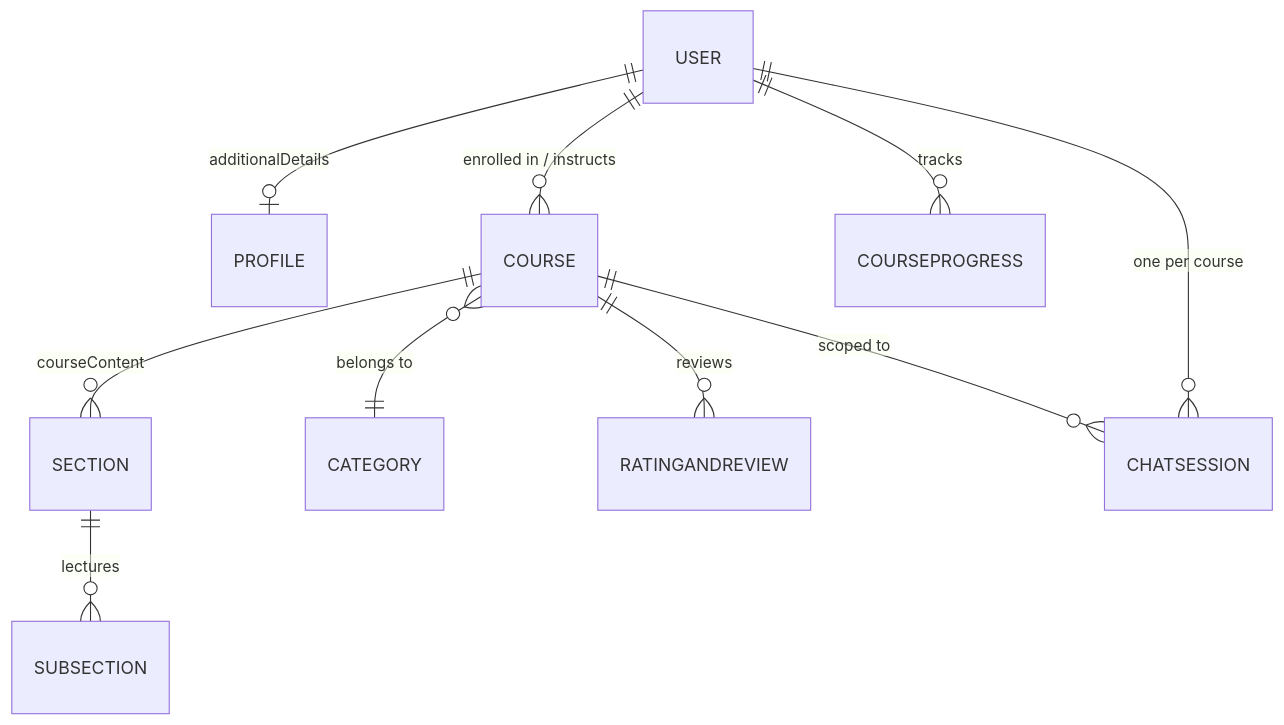
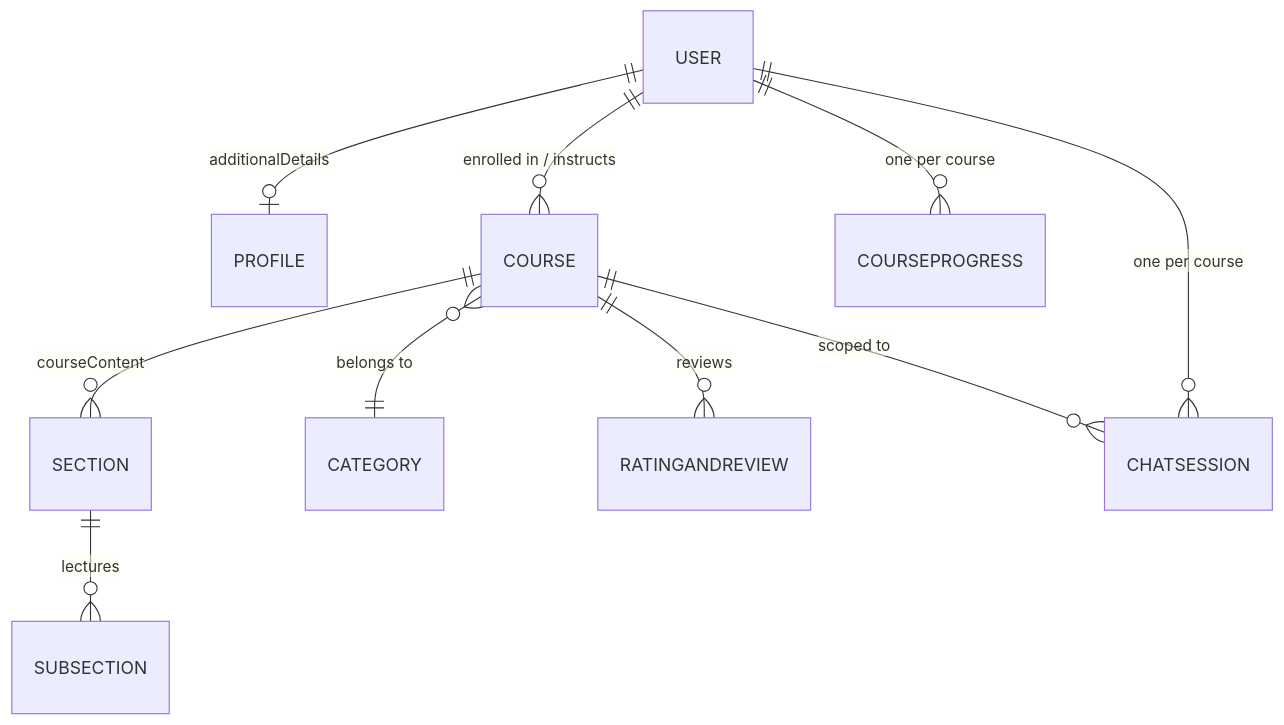
The second of 4 diagrams in README.md (Raaghav-09/Synapse), drawn with Mermaid before and after one commit. The commit also changed other lines of this file and 2 other files, not shown here.

````diff
--- a/README.md
+++ b/README.md
@@ -128,12 +146,12 @@
 ```mermaid
 erDiagram
     USER ||--o| PROFILE : "additionalDetails"
     USER ||--o{ COURSE : "enrolled in / instructs"
     COURSE ||--o{ SECTION : "courseContent"
     SECTION ||--o{ SUBSECTION : "lectures"
     COURSE }o--|| CATEGORY : "belongs to"
     COURSE ||--o{ RATINGANDREVIEW : "reviews"
-    USER ||--o{ COURSEPROGRESS : "tracks"
+    USER ||--o{ COURSEPROGRESS : "one per course"
     USER ||--o{ CHATSESSION : "one per course"
     COURSE ||--o{ CHATSESSION : "scoped to"
 ```
````
